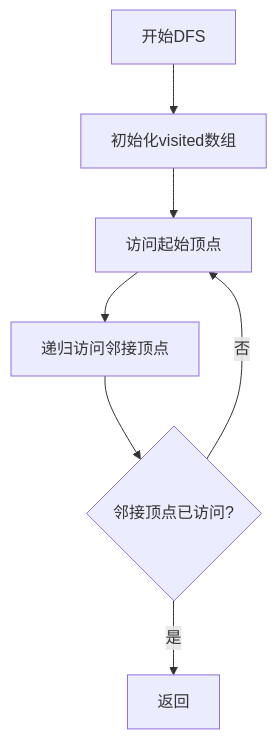
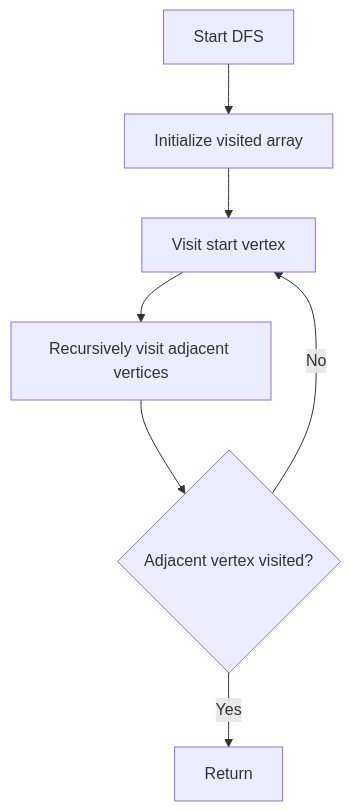
Before and after one commit to anjuxi/C-graph: the first of 3 diagrams in README.md, drawn with Mermaid. The commit also changed other lines of this file, not shown here.

````diff
--- a/README.md
+++ b/README.md
@@ -116,9 +116,9 @@
 ```mermaid
 graph TD
-    A[开始DFS] --> B[初始化visited数组]
-    B --> C[访问起始顶点]
-    C --> D[递归访问邻接顶点]
-    D --> E{邻接顶点已访问?}
-    E -->|否| C
-    E -->|是| F[返回]
+    A[Start DFS] --> B[Initialize visited array]
+    B --> C[Visit start vertex]
+    C --> D[Recursively visit adjacent vertices]
+    D --> E{Adjacent vertex visited?}
+    E -->|No| C
+    E -->|Yes| F[Return]
 ```
````
